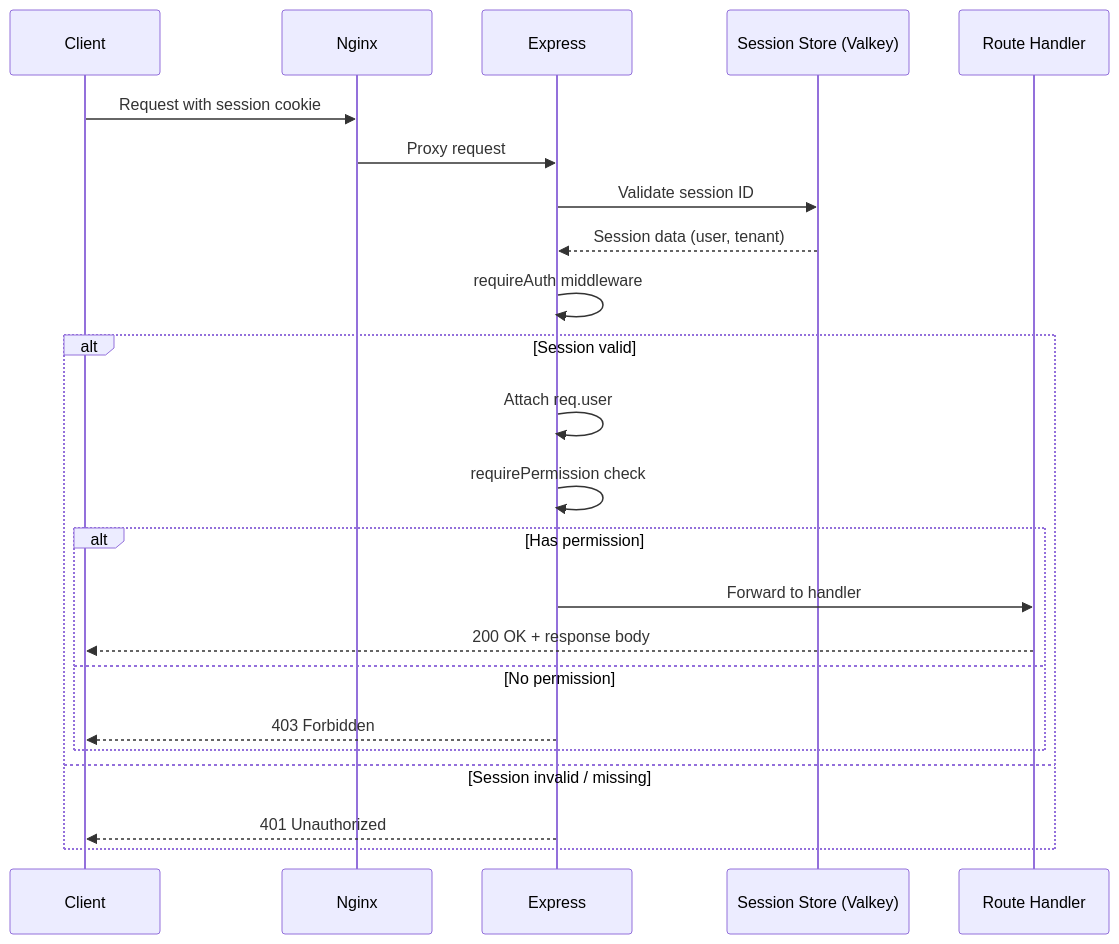
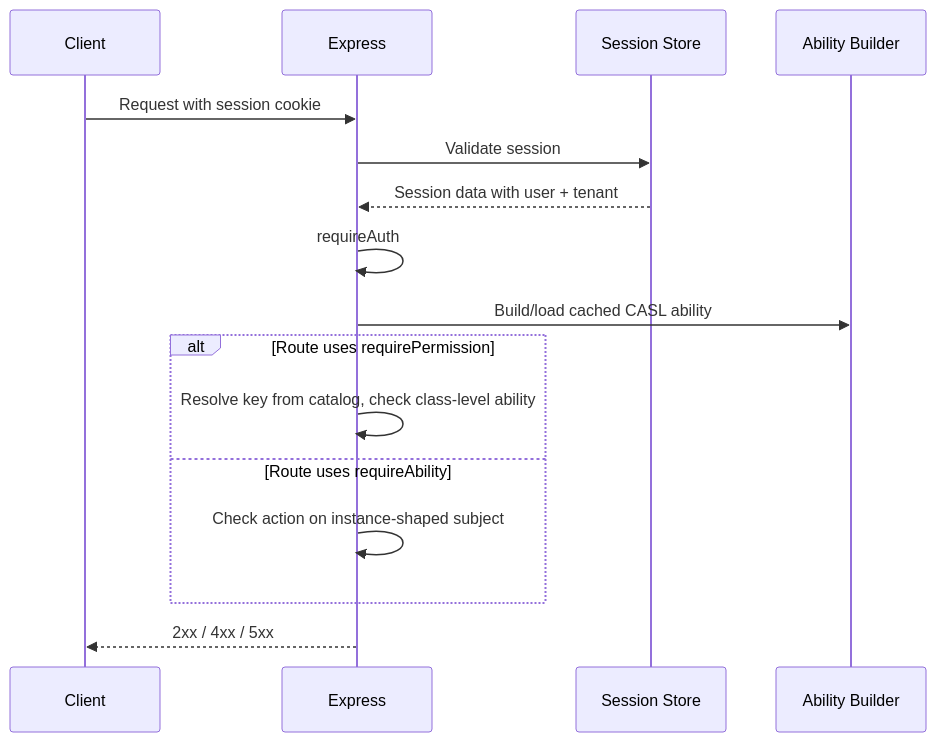
One commit to b-knowledge-solution/b-knowledge changed the third of 4 diagrams in docs/basic-design/component/api-design-overview.md. Above: the diagram before and after it, drawn with Mermaid. The commit also changed other lines of this file and 2 other files, not shown here.

First line of the commit message:
docs(09-02): rewrite security and api permission design

````diff
--- a/docs/basic-design/component/api-design-overview.md
+++ b/docs/basic-design/component/api-design-overview.md
@@ -37,26 +76,19 @@
 ```mermaid
 sequenceDiagram
     participant C as Client
-    participant N as Nginx
     participant E as Express
-    participant S as Session Store (Valkey)
-    participant H as Route Handler
+    participant S as Session Store
+    participant A as Ability Builder
 
-    C->>N: Request with session cookie
-    N->>E: Proxy request
-    E->>S: Validate session ID
-    S-->>E: Session data (user, tenant)
-    E->>E: requireAuth middleware
-    alt Session valid
-        E->>E: Attach req.user
-        E->>E: requirePermission check
-        alt Has permission
-            E->>H: Forward to handler
-            H-->>C: 200 OK + response body
-        else No permission
-            E-->>C: 403 Forbidden
-        end
-    else Session invalid / missing
-        E-->>C: 401 Unauthorized
+    C->>E: Request with session cookie
+    E->>S: Validate session
+    S-->>E: Session data with user + tenant
+    E->>E: requireAuth
+    E->>A: Build/load cached CASL ability
+    alt Route uses requirePermission
+        E->>E: Resolve key from catalog, check class-level ability
+    else Route uses requireAbility
+        E->>E: Check action on instance-shaped subject
     end
+    E-->>C: 2xx / 4xx / 5xx
 ```
````
